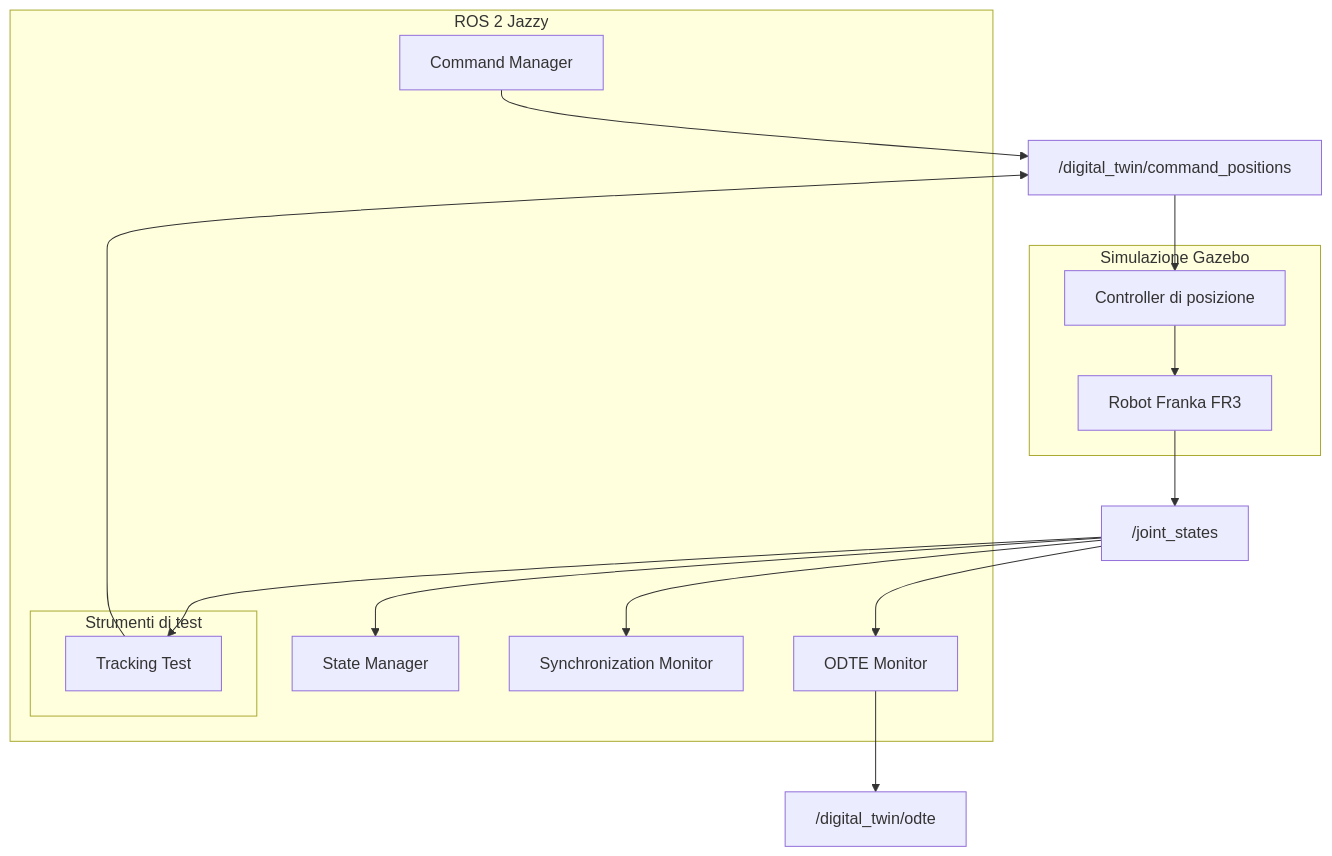
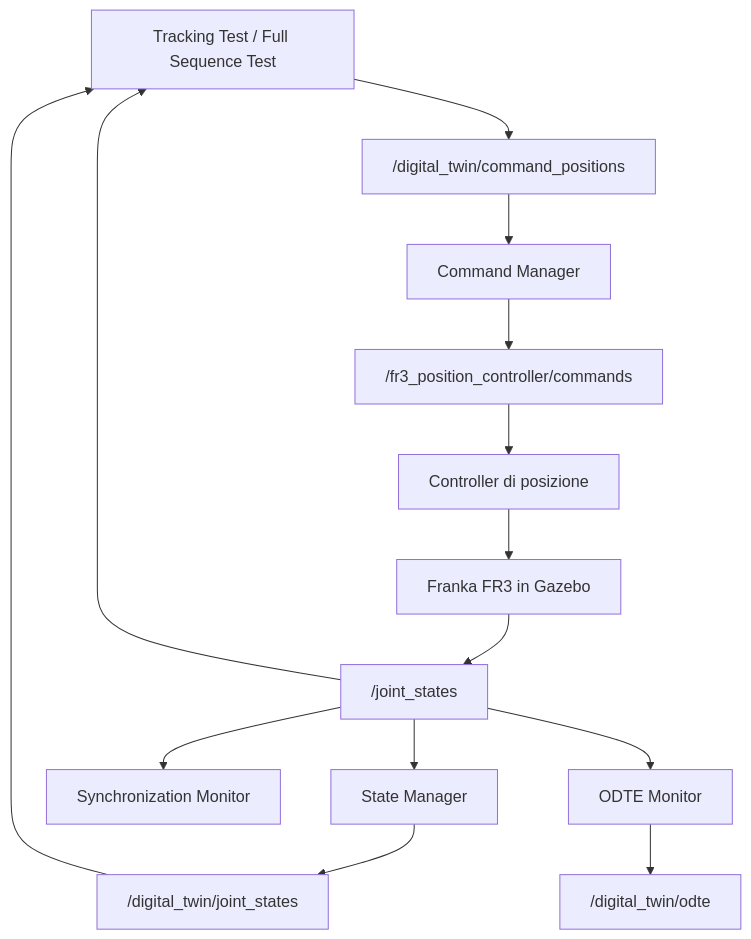
Before and after one commit to chiarabrignani/franka_digital_twin: the diagram in docs/architecture.md, drawn with Mermaid. The commit also changed other lines of this file and 1 other file, not shown here.

````diff
--- a/docs/architecture.md
+++ b/docs/architecture.md
@@ -43,36 +22,31 @@
 ```mermaid
 flowchart TD
-    subgraph ROS2["ROS 2 Jazzy"]
-        CM["Command Manager"]
-        SM["State Manager"]
-        SYNC["Synchronization Monitor"]
-        ODTE["ODTE Monitor"]
+    TEST["Tracking Test / Full Sequence Test"]
+    CMD["Command Manager"]
+    CMD_TOPIC["/digital_twin/command_positions"]
+    CTRL_TOPIC["/fr3_position_controller/commands"]
+    CTRL["Controller di posizione"]
+    ROBOT["Franka FR3 in Gazebo"]
 
-        subgraph TESTS["Strumenti di test"]
-            TT["Tracking Test"]
-        end
-    end
-
-    CMD["/digital_twin/command_positions"]
     JS["/joint_states"]
+    SM["State Manager"]
+    DT_TOPIC["/digital_twin/joint_states"]
+    SYNC["Synchronization Monitor"]
+    ODTE["ODTE Monitor"]
     ODTE_TOPIC["/digital_twin/odte"]
 
-    subgraph SIM["Simulazione Gazebo"]
-        CTRL["Controller di posizione"]
-        FR3["Robot Franka FR3"]
-    end
+    TEST --> CMD_TOPIC
+    CMD_TOPIC --> CMD
+    CMD --> CTRL_TOPIC
+    CTRL_TOPIC --> CTRL
+    CTRL --> ROBOT
 
-    CM --> CMD
-    CMD --> CTRL
-    CTRL --> FR3
-    FR3 --> JS
-
+    ROBOT --> JS
     JS --> SM
+    SM --> DT_TOPIC
     JS --> SYNC
     JS --> ODTE
-
+    JS --> TEST
+    DT_TOPIC --> TEST
     ODTE --> ODTE_TOPIC
-
-    TT --> CMD
-    JS --> TT
 ```
````
